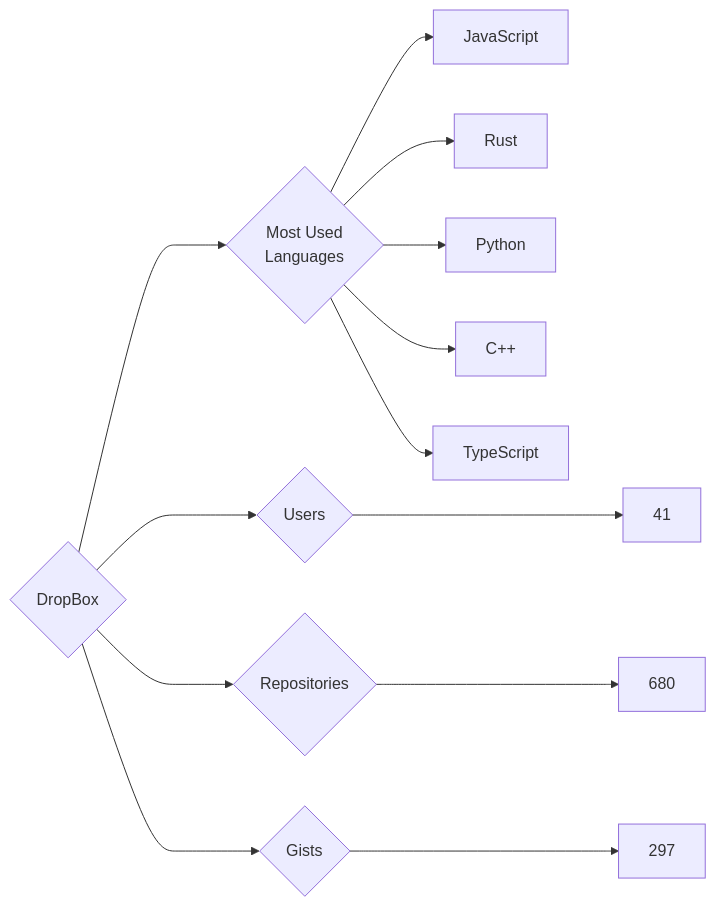
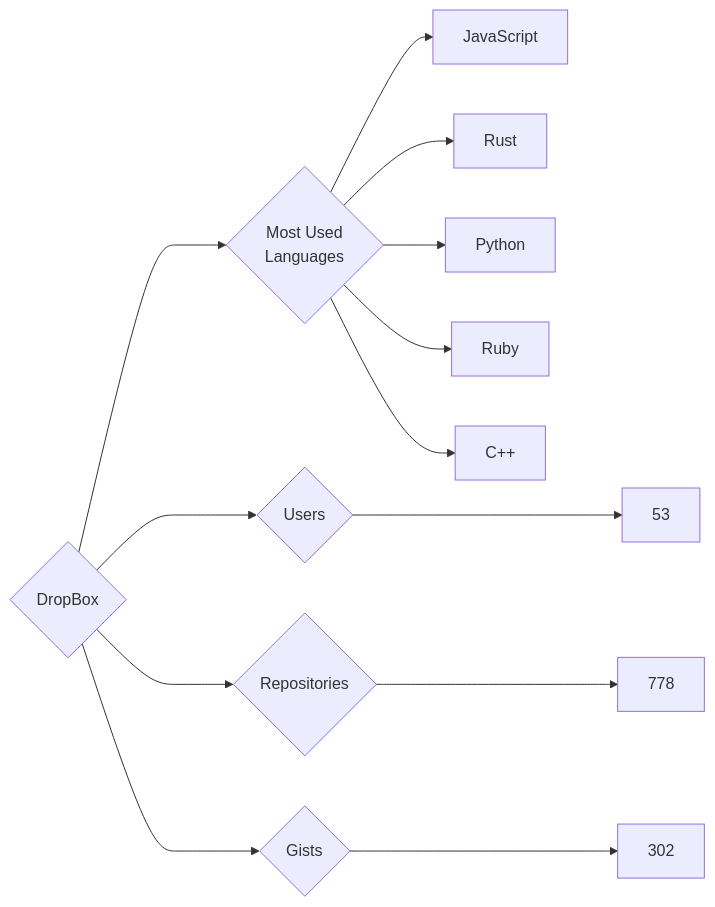
Before and after one commit to trickest/insiders: the diagram in targets/DropBox/README.md, drawn with Mermaid. The commit also changed 657 other files, not shown here.

````diff
--- a/targets/DropBox/README.md
+++ b/targets/DropBox/README.md
@@ -3,13 +3,13 @@
 ```mermaid
 graph LR
 COMPANY_NAME{DropBox}
-COMPANY_NAME ---> U{Users} ---> UN[41]
-COMPANY_NAME ---> R{Repositories} ---> RN[680]
-COMPANY_NAME ---> G{Gists} ---> GN[297]
+COMPANY_NAME ---> U{Users} ---> UN[53]
+COMPANY_NAME ---> R{Repositories} ---> RN[778]
+COMPANY_NAME ---> G{Gists} ---> GN[302]
 COMPANY_NAME ---> ML{Most Used<br>Languages}
 ML --> JavaScript[JavaScript]
 ML --> Rust[Rust]
 ML --> Python[Python]
+ML --> Ruby[Ruby]
 ML --> C++[C++]
-ML --> TypeScript[TypeScript]
 ```
````
